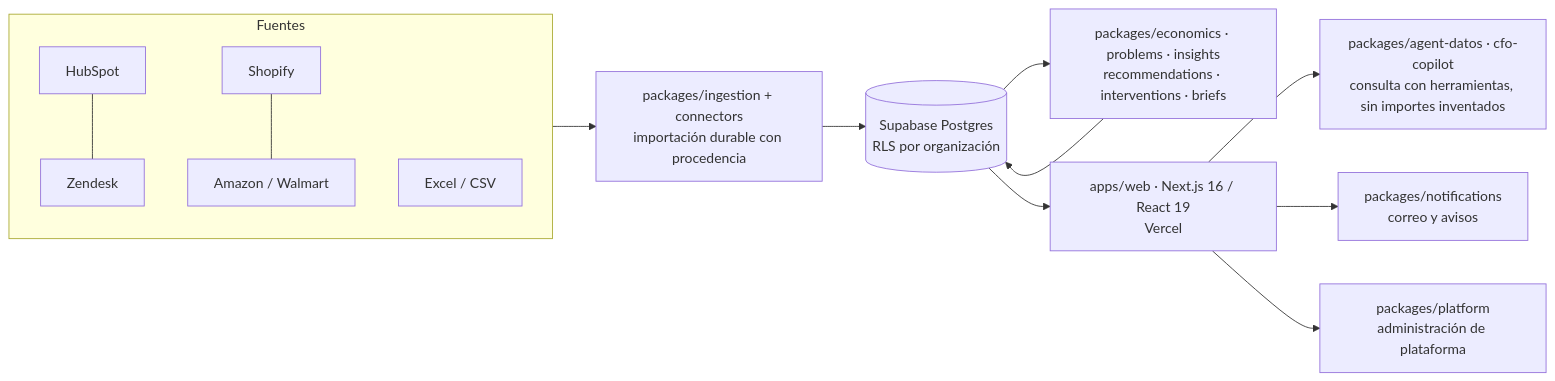
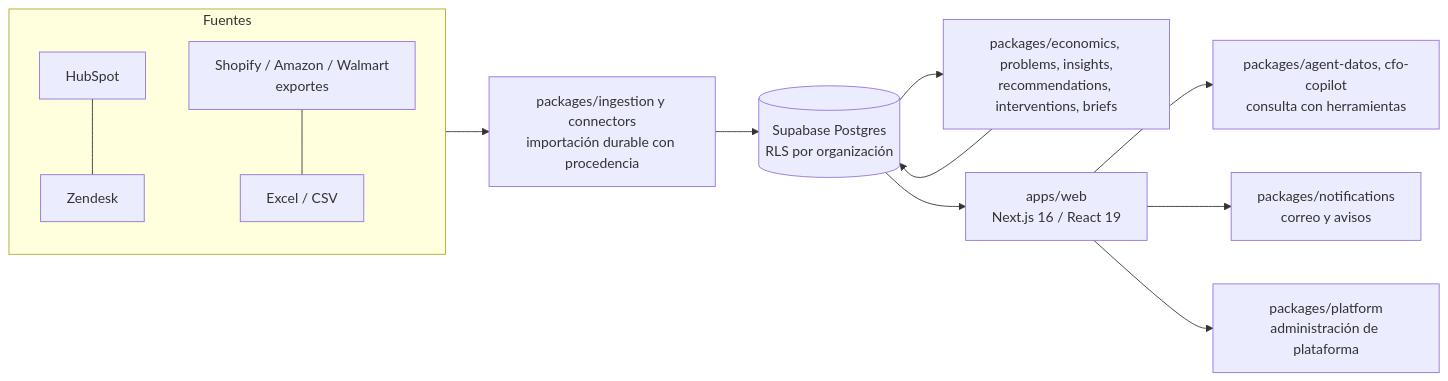
Before and after one commit to javiercamarapp/vexa-ai: the diagram in README.md, drawn with Mermaid. The commit also changed other lines of this file and 13 other files, not shown here.

````diff
--- a/README.md
+++ b/README.md
@@ -51,16 +45,15 @@
 ```mermaid
 flowchart LR
   subgraph Fuentes
     HS[HubSpot] --- ZD[Zendesk]
-    SH[Shopify] --- AM[Amazon / Walmart]
-    XL[Excel / CSV]
+    SH[Shopify / Amazon / Walmart<br/>exportes] --- XL[Excel / CSV]
   end
-  Fuentes --> ING[packages/ingestion + connectors<br/>importación durable con procedencia]
+  Fuentes --> ING[packages/ingestion y connectors<br/>importación durable con procedencia]
   ING --> DB[(Supabase Postgres<br/>RLS por organización)]
-  DB --> CORE[packages/economics · problems · insights<br/>recommendations · interventions · briefs]
+  DB --> CORE[packages/economics, problems, insights,<br/>recommendations, interventions, briefs]
   CORE --> DB
-  DB --> WEB[apps/web · Next.js 16 / React 19<br/>Vercel]
-  WEB --> AGT[packages/agent-datos · cfo-copilot<br/>consulta con herramientas, sin importes inventados]
+  DB --> WEB[apps/web<br/>Next.js 16 / React 19]
+  WEB --> AGT[packages/agent-datos, cfo-copilot<br/>consulta con herramientas]
   WEB --> NOT[packages/notifications<br/>correo y avisos]
   WEB --> PLAT[packages/platform<br/>administración de plataforma]
 ```
````
